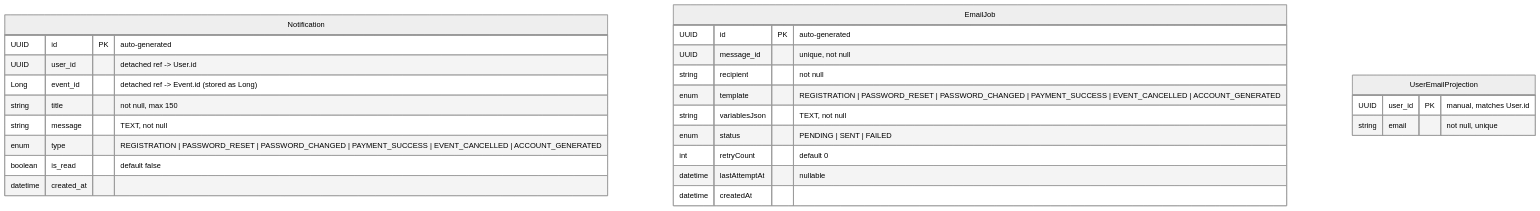
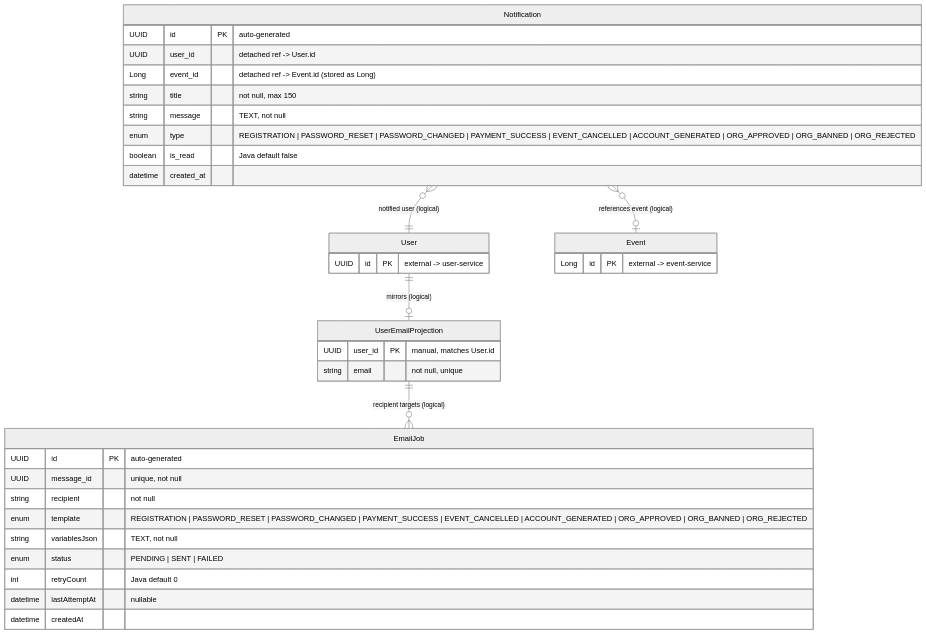
One commit to Ticket-Souq/TicketSouq changed the diagram in docs/services/notification-service/erd.md. Above: the diagram before and after it, drawn with Mermaid (neutral theme). The commit also changed other lines of this file and 23 other files, not shown here.

````diff
--- a/docs/services/notification-service/erd.md
+++ b/docs/services/notification-service/erd.md
@@ -11,33 +11,51 @@
 ```mermaid
 erDiagram
   %% No JPA relationships exist between these entities.
   %% UserEmailProjection is a denormalized read-model populated from Kafka events.
+  %% Cross-service links below are logical (detached UUIDs) — no FK constraints.
+
+  User {
+    UUID id PK "external -> user-service"
+  }
+
+  Event {
+    Long id PK "external -> event-service"
+  }
 
   Notification {
     UUID id PK "auto-generated"
     UUID user_id "detached ref -> User.id"
     Long event_id "detached ref -> Event.id (stored as Long)"
     string title "not null, max 150"
     string message "TEXT, not null"
-    enum type "REGISTRATION | PASSWORD_RESET | PASSWORD_CHANGED | PAYMENT_SUCCESS | EVENT_CANCELLED | ACCOUNT_GENERATED"
-    boolean is_read "default false"
+    enum type "REGISTRATION | PASSWORD_RESET | PASSWORD_CHANGED | PAYMENT_SUCCESS | EVENT_CANCELLED | ACCOUNT_GENERATED | ORG_APPROVED | ORG_BANNED | ORG_REJECTED"
+    boolean is_read "Java default false"
     datetime created_at
   }
 
   EmailJob {
     UUID id PK "auto-generated"
     UUID message_id "unique, not null"
     string recipient "not null"
-    enum template "REGISTRATION | PASSWORD_RESET | PASSWORD_CHANGED | PAYMENT_SUCCESS | EVENT_CANCELLED | ACCOUNT_GENERATED"
+    enum template "REGISTRATION | PASSWORD_RESET | PASSWORD_CHANGED | PAYMENT_SUCCESS |  EVENT_CANCELLED | ACCOUNT_GENERATED | ORG_APPROVED | ORG_BANNED | ORG_REJECTED"
     string variablesJson "TEXT, not null"
     enum status "PENDING | SENT | FAILED"
-    int retryCount "default 0"
+    int retryCount "Java default 0"
     datetime lastAttemptAt "nullable"
     datetime createdAt
   }
 
   UserEmailProjection {
     UUID user_id PK "manual, matches User.id"
     string email "not null, unique"
   }
+
+  Notification }o--|| User : "notified user (logical)"
+  %% Source: notification-service/.../entity/Notification.java:27-28 (userId field)
+  Notification }o--o| Event : "references event (logical)"
+  %% Source: notification-service/.../entity/Notification.java:30-31 (eventId field)
+  UserEmailProjection ||--o{ EmailJob : "recipient targets (logical)"
+  %% Source: notification-service/.../entity/EmailJob.java:33-34 (recipient -> email)
+  User ||--o| UserEmailProjection : "mirrors (logical)"
+  %% Source: notification-service/.../entity/UserEmailProjection.java:17-19 (userId PK)
 ```
````
